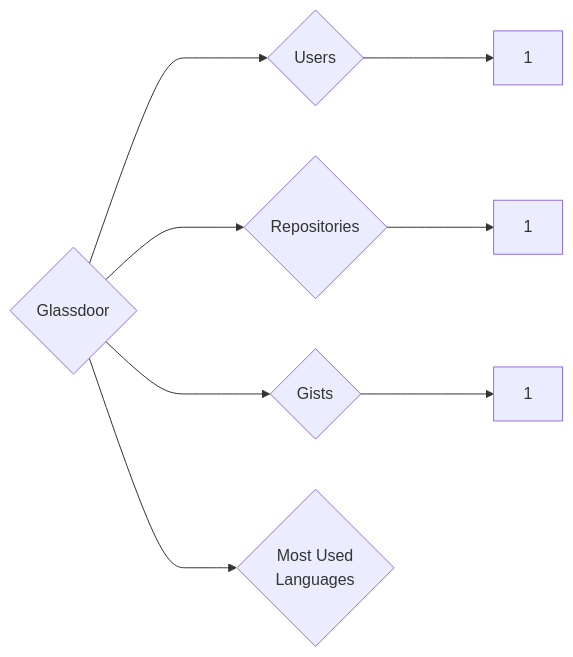
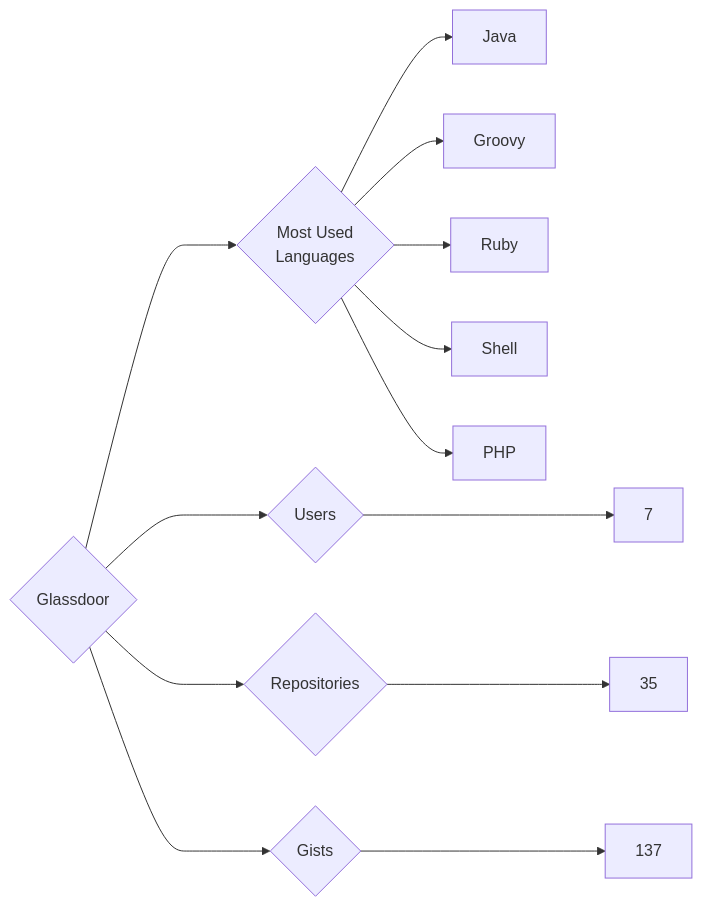
One commit to trickest/insiders changed the diagram in targets/Glassdoor/README.md. Above: the diagram before and after it, drawn with Mermaid. The commit also changed 1167 other files, not shown here.

````diff
--- a/targets/Glassdoor/README.md
+++ b/targets/Glassdoor/README.md
@@ -3,8 +3,13 @@
 ```mermaid
 graph LR
 COMPANY_NAME{Glassdoor}
-COMPANY_NAME ---> U{Users} ---> UN[1]
-COMPANY_NAME ---> R{Repositories} ---> RN[1]
-COMPANY_NAME ---> G{Gists} ---> GN[1]
+COMPANY_NAME ---> U{Users} ---> UN[7]
+COMPANY_NAME ---> R{Repositories} ---> RN[35]
+COMPANY_NAME ---> G{Gists} ---> GN[137]
 COMPANY_NAME ---> ML{Most Used<br>Languages}
+ML --> Java[Java]
+ML --> Groovy[Groovy]
+ML --> Ruby[Ruby]
+ML --> Shell[Shell]
+ML --> PHP[PHP]
 ```
````
